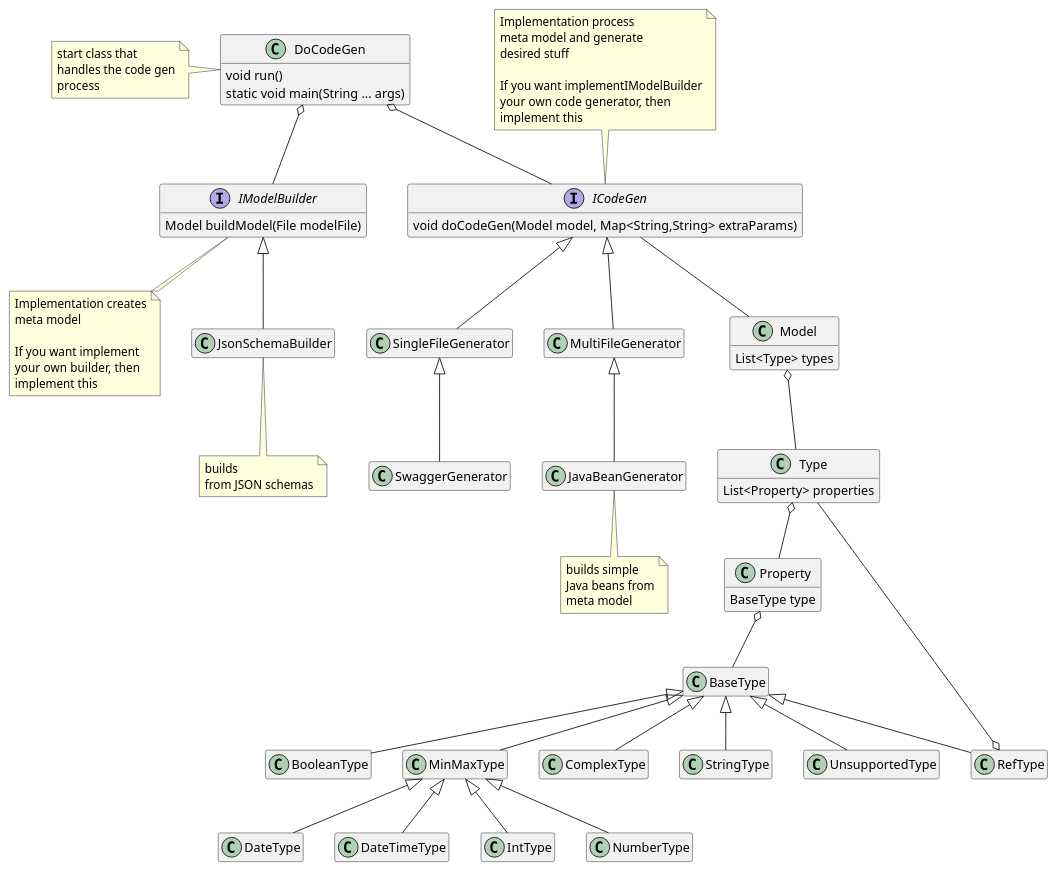
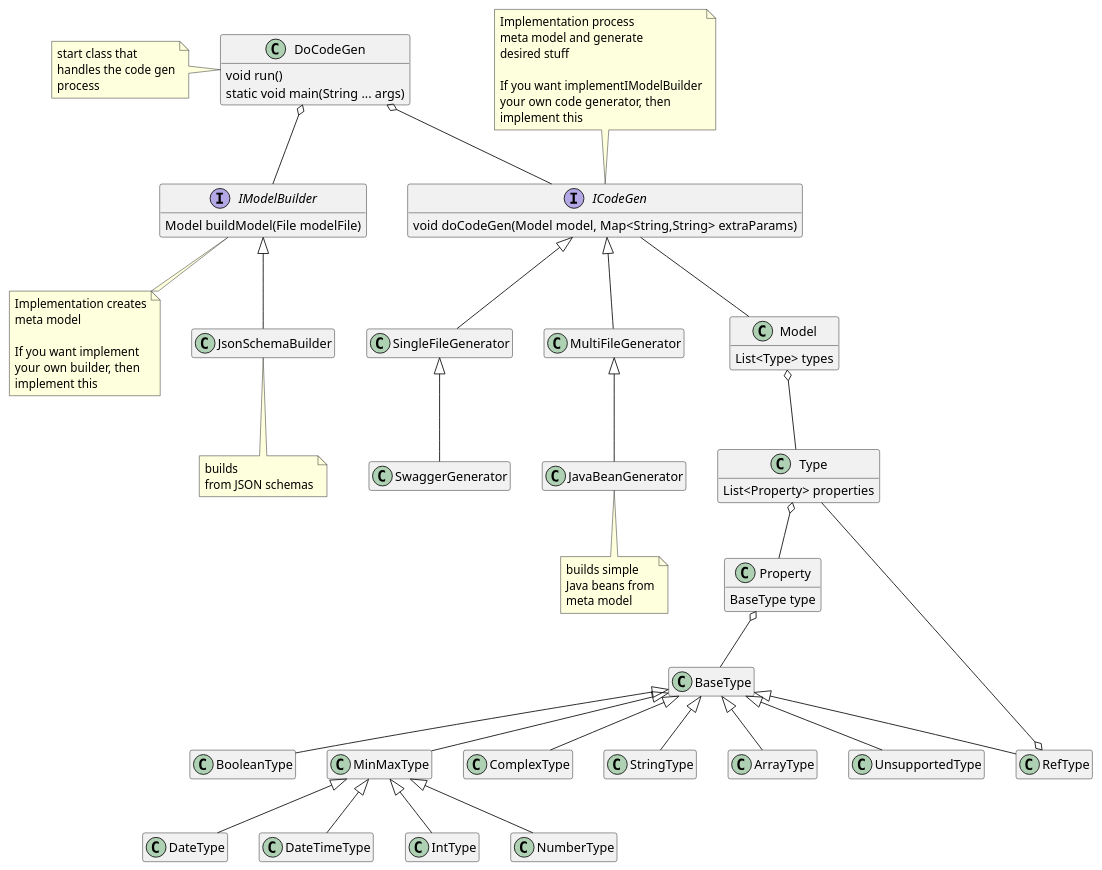
One commit to schlothauer-wauer/jsoncodegen changed the diagram in docs/main_structure.puml. Above: the diagram before and after it, drawn with PlantUML. The commit also changed 8 other files, not shown here.

```diff
--- a/docs/main_structure.puml
+++ b/docs/main_structure.puml
@@ -1,98 +1,99 @@
 @startuml
 hide empty members
 
 interface IModelBuilder {
     Model buildModel(File modelFile)
 }
 
 note bottom of IModelBuilder
     Implementation creates
     meta model
 
     If you want implement
     your own builder, then
     implement this
 end note
 
 interface ICodeGen {
     void doCodeGen(Model model, Map<String,String> extraParams)
 }
 
 note top of ICodeGen
     Implementation process
     meta model and generate
     desired stuff
 
     If you want implementIModelBuilder
     your own code generator, then
     implement this
 end note
 
 
 class DoCodeGen {
     void run()
     static void main(String ... args)
 }
 
 class JsonSchemaBuilder
 class SingleFileGenerator
 class MultiFileGenerator
 class JavaBeanGenerator
 
 note left of DoCodeGen
     start class that
     handles the code gen
     process
 end note
 
 note bottom of JsonSchemaBuilder
     builds
     from JSON schemas
 end note
 
 note bottom of JavaBeanGenerator
     builds simple
     Java beans from
     meta model
 end note
 
 DoCodeGen o-- IModelBuilder
 DoCodeGen o-- ICodeGen
 
 IModelBuilder <|-- JsonSchemaBuilder
 ICodeGen <|-- MultiFileGenerator
 ICodeGen <|-- SingleFileGenerator
 
 MultiFileGenerator <|-- JavaBeanGenerator
 SingleFileGenerator <|-- SwaggerGenerator
 class Model {
     List<Type> types
 }
 
 class Type {
     List<Property> properties
 }
 
 class Property {
     BaseType type
 }
 
 BaseType <|-- BooleanType
 BaseType <|-- MinMaxType
 BaseType <|-- ComplexType
 MinMaxType <|-- DateType
 MinMaxType <|-- DateTimeType
 MinMaxType <|-- IntType
 MinMaxType <|-- NumberType
 BaseType <|-- RefType
 BaseType <|-- StringType
+BaseType <|-- ArrayType
 BaseType <|-- UnsupportedType
 
 Property o-- BaseType
 Type o-- Property
 Model o-- Type
 
 RefType o-- Type
 ICodeGen -- Model
 
 @enduml
```
